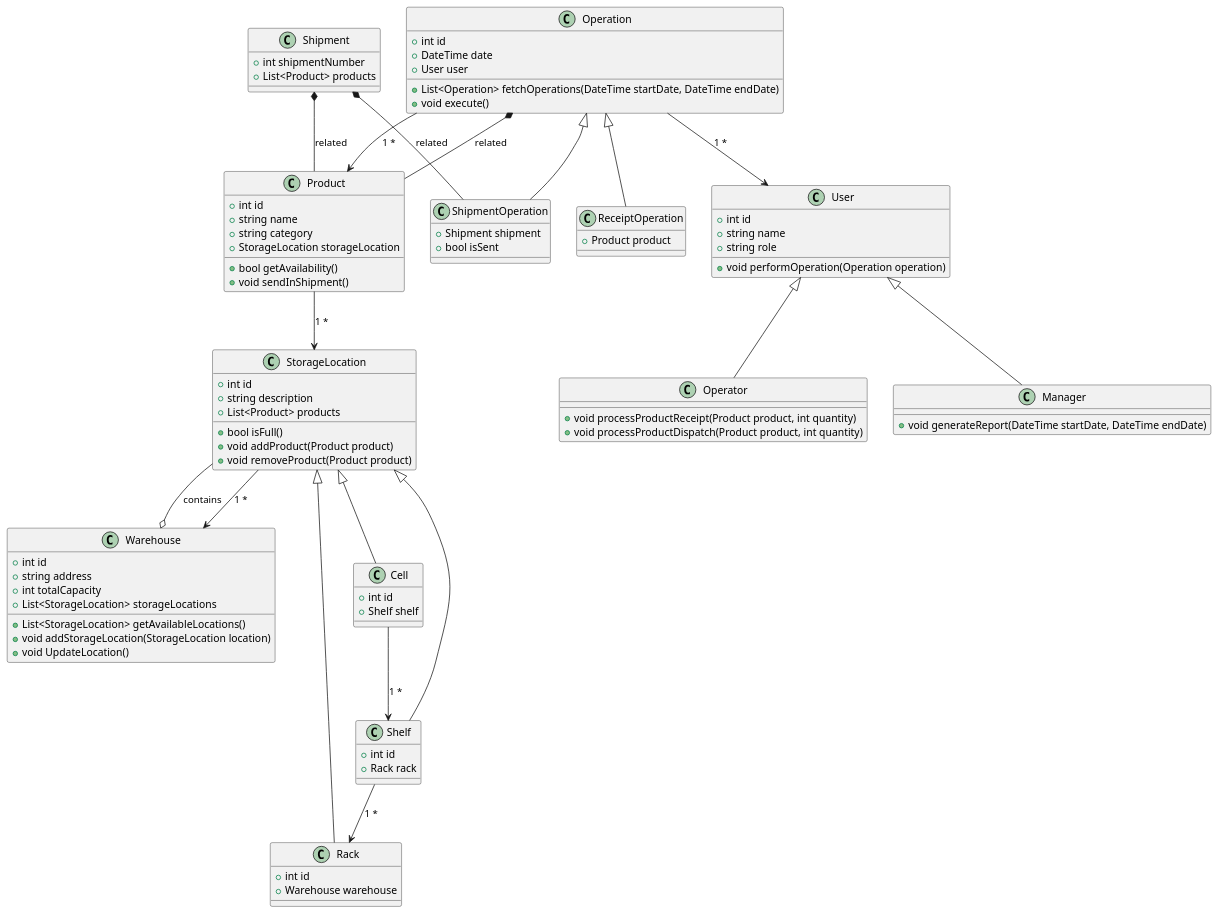
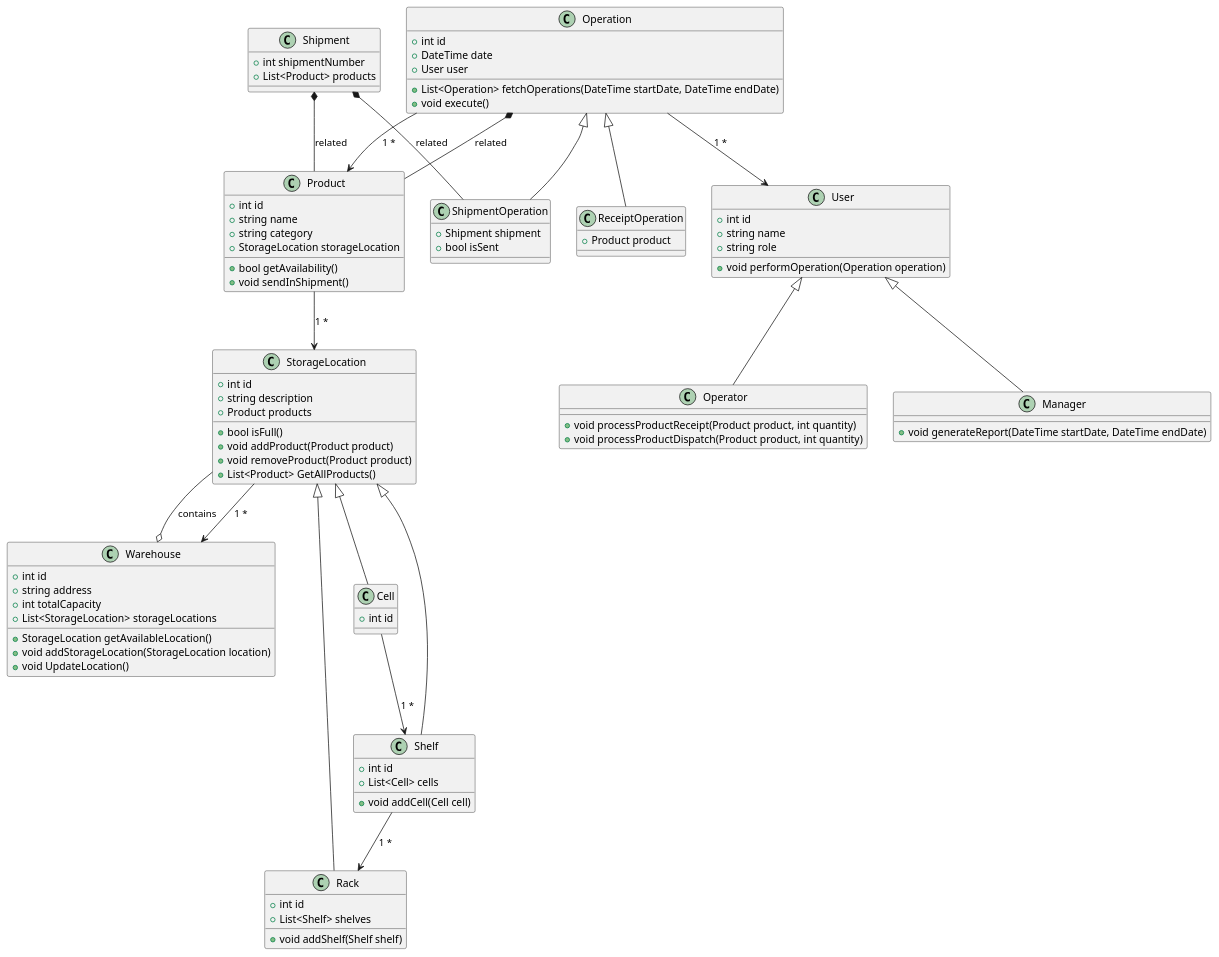
One commit to penamarth/bsbo-01-22_team6_var6 changed the diagram in Модель предметной области.md. Above: the diagram before and after it, drawn with PlantUML. The commit also changed 5 other files, not shown here.

```diff
--- a/Модель предметной области.md
+++ b/Модель предметной области.md
@@ -16,7 +16,7 @@
     +string address
     +int totalCapacity
     +List<StorageLocation> storageLocations
-    +List<StorageLocation> getAvailableLocations()
+    +StorageLocation getAvailableLocation()
     +void addStorageLocation(StorageLocation location)
     +void UpdateLocation()
 }
@@ -58,25 +58,27 @@
 class StorageLocation {
     +int id
     +string description
-    +List<Product> products
+    +Product products
     +bool isFull()
     +void addProduct(Product product)
     +void removeProduct(Product product)
+    +List<Product> GetAllProducts()
 }
 
 class Rack{
     +int id
-    +Warehouse warehouse
+    +List<Shelf> shelves
+    +void addShelf(Shelf shelf) 
 }
 
 class Shelf{
     +int id
-    +Rack rack
+    +List<Cell> cells
+    +void addCell(Cell cell)
 }
 
 class Cell{
     +int id
-    +Shelf shelf
 }
 
 class Shipment{
```
